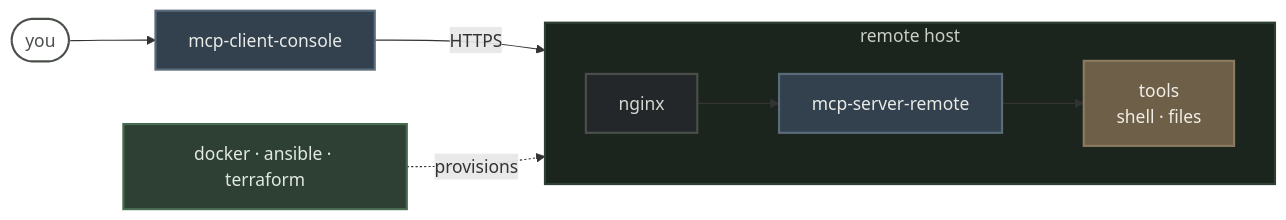
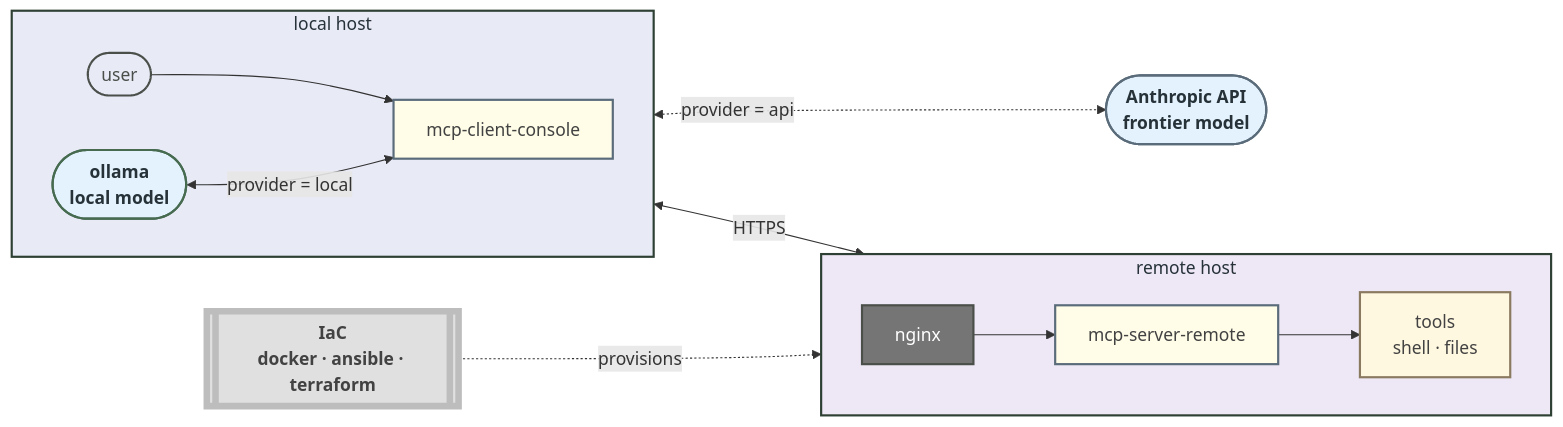
The diagram in README.md (geomux/geomux), drawn with Mermaid before and after one commit.

Commit message:
docs(README.md): added mermaid chart for my stacks.

````diff
--- a/README.md
+++ b/README.md
@@ -11,18 +11,28 @@
 ```mermaid
 flowchart LR
-    subgraph HOST["remote host"]
+    subgraph RHOST["remote host"]
         direction LR
         N["nginx"]:::plumb --> S["mcp-server-remote"]:::pkg --> T["tools<br/>shell · files"]:::tools
     end
 
-    U([you]):::me --> C["mcp-client-console"]:::pkg
-    C -->|HTTPS| N
-    IAC["docker · ansible · terraform"]:::iac -.->|provisions| HOST
+    subgraph LHOST["local host"]
+        direction LR
+        U([user]):::me --> C["mcp-client-console"]:::pkg
+        M(["<b>ollama<b><br/>local model"]):::model <-->|provider = local| C
+    end
+
+    API(["<b>Anthropic API"<b><br/>frontier model]):::cloud
+    C <-->|HTTPS| N
+    C <-.->|provider = api| API
+    IAC[["<b>IaC<b><br/>docker · ansible · terraform"]]:::iac -.->|provisions| RHOST
 
     classDef me fill:none,stroke:#4A4F4A,stroke-width:2px,color:#4A4F4A
-    classDef pkg fill:#33414F,stroke:#5A6B7A,stroke-width:2px,color:#E8EAE6
-    classDef plumb fill:#24272A,stroke:#4A4F4A,stroke-width:2px,color:#D6D8D2
-    classDef tools fill:#6E5F49,stroke:#8A7A60,stroke-width:2px,color:#F2EEE6
-    classDef iac fill:#2E4034,stroke:#476B50,stroke-width:2px,color:#E2EAE0
-    style HOST fill:#1C241E,stroke:#2E4034,stroke-width:2px,color:#C9CFC4
+    classDef pkg fill:#FFFDE7,stroke:#5A6B7A,stroke-width:2px,color:#424242
+    classDef plumb fill:#757575,stroke:#4A4F4A,stroke-width:2px,color:#FFFFFF
+    classDef tools fill:#FFF8E1,stroke:#8A7A60,stroke-width:2px,color:#424242
+    classDef iac fill:#E0E0E0,stroke:#BDBDBD,stroke-width:6px,color:#424242
+    classDef model fill:#E3F2FD,stroke:#476B50,stroke-width:2px,color:#263238
+    classDef cloud fill:#E3F2FD,stroke:#5A6B7A,stroke-width:2px,color:#263238
+    style RHOST fill:#EDE7F6,stroke:#2E4034,stroke-width:2px,color:#263238
+    style LHOST fill:#E8EAF6,stroke:#2E4034,stroke-width:2px,color:#263238
 ```
````
